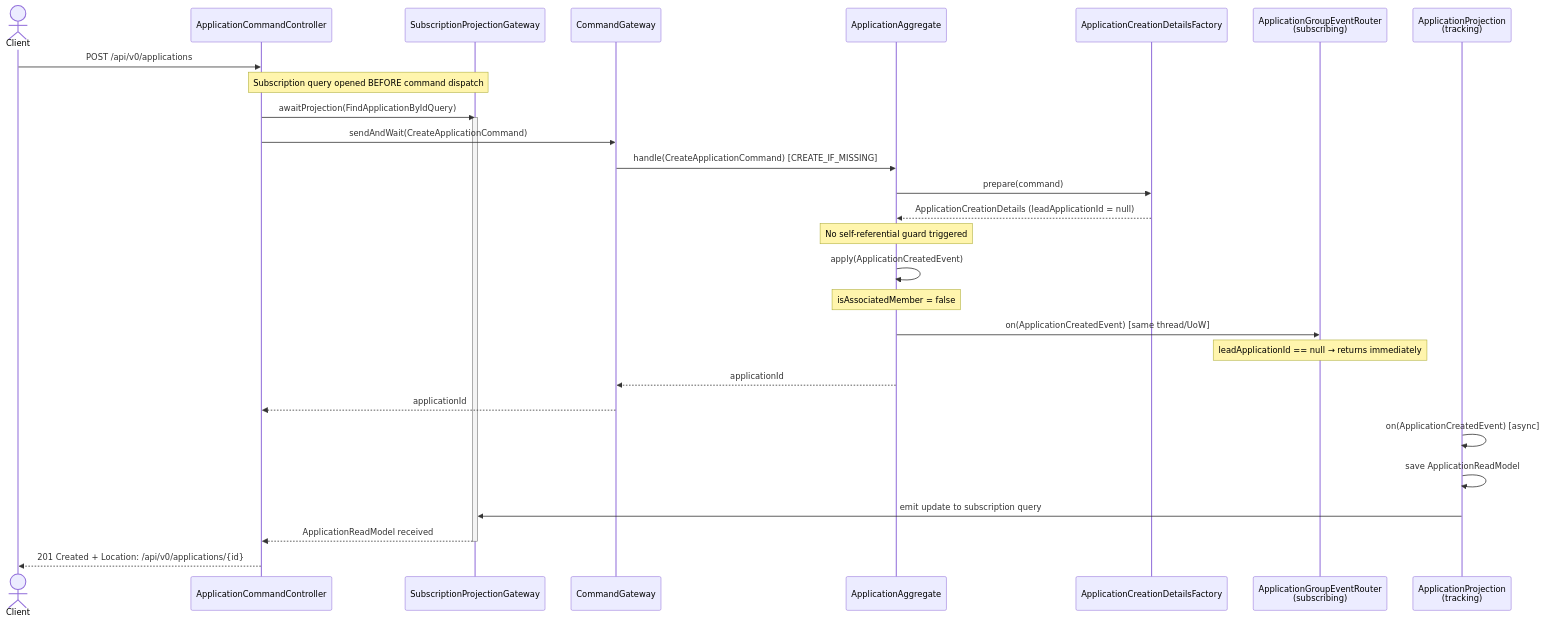
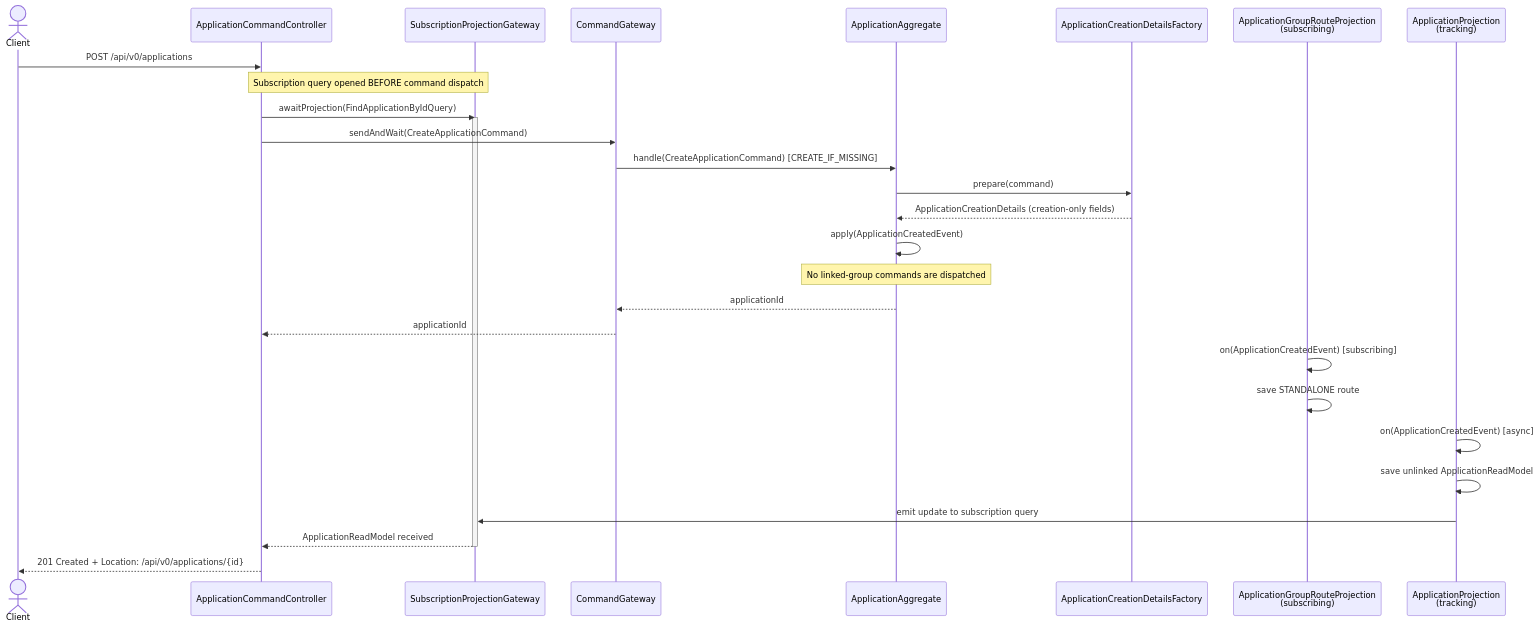
Before and after one commit to ministryofjustice/laa-data-access-api: the diagram in data-access-service-axon/docs/sequence-diagrams/01-standalone-application-creation.md, drawn with Mermaid. The commit also changed other lines of this file and 56 other files, not shown here.

Commit message:
refactor(applications): detach linking from application creation

````diff
--- a/data-access-service-axon/docs/sequence-diagrams/01-standalone-application-creation.md
+++ b/data-access-service-axon/docs/sequence-diagrams/01-standalone-application-creation.md
@@ -5,39 +6,37 @@
 ```mermaid
 sequenceDiagram
     actor Client
     participant Controller as ApplicationCommandController
     participant SubGateway as SubscriptionProjectionGateway
     participant CmdGateway as CommandGateway
     participant AppAggregate as ApplicationAggregate
     participant Factory as ApplicationCreationDetailsFactory
-    participant Router as ApplicationGroupEventRouter<br/>(subscribing)
+    participant RouteProjection as ApplicationGroupRouteProjection<br/>(subscribing)
     participant Projection as ApplicationProjection<br/>(tracking)
 
     Client->>Controller: POST /api/v0/applications
 
     Note over Controller,SubGateway: Subscription query opened BEFORE command dispatch
     Controller->>SubGateway: awaitProjection(FindApplicationByIdQuery)
     activate SubGateway
 
     Controller->>CmdGateway: sendAndWait(CreateApplicationCommand)
     CmdGateway->>AppAggregate: handle(CreateApplicationCommand) [CREATE_IF_MISSING]
     AppAggregate->>Factory: prepare(command)
-    Factory-->>AppAggregate: ApplicationCreationDetails (leadApplicationId = null)
-    Note over AppAggregate: No self-referential guard triggered
+    Factory-->>AppAggregate: ApplicationCreationDetails (creation-only fields)
     AppAggregate->>AppAggregate: apply(ApplicationCreatedEvent)
-    Note over AppAggregate: isAssociatedMember = false
-
-    AppAggregate->>Router: on(ApplicationCreatedEvent) [same thread/UoW]
-    Note over Router: leadApplicationId == null → returns immediately
+    Note over AppAggregate: No linked-group commands are dispatched
 
     AppAggregate-->>CmdGateway: applicationId
     CmdGateway-->>Controller: applicationId
 
+    RouteProjection->>RouteProjection: on(ApplicationCreatedEvent) [subscribing]
+    RouteProjection->>RouteProjection: save STANDALONE route
     Projection->>Projection: on(ApplicationCreatedEvent) [async]
-    Projection->>Projection: save ApplicationReadModel
+    Projection->>Projection: save unlinked ApplicationReadModel
     Projection->>SubGateway: emit update to subscription query
 
     SubGateway-->>Controller: ApplicationReadModel received
     deactivate SubGateway
     Controller-->>Client: 201 Created + Location: /api/v0/applications/{id}
 ```
````
